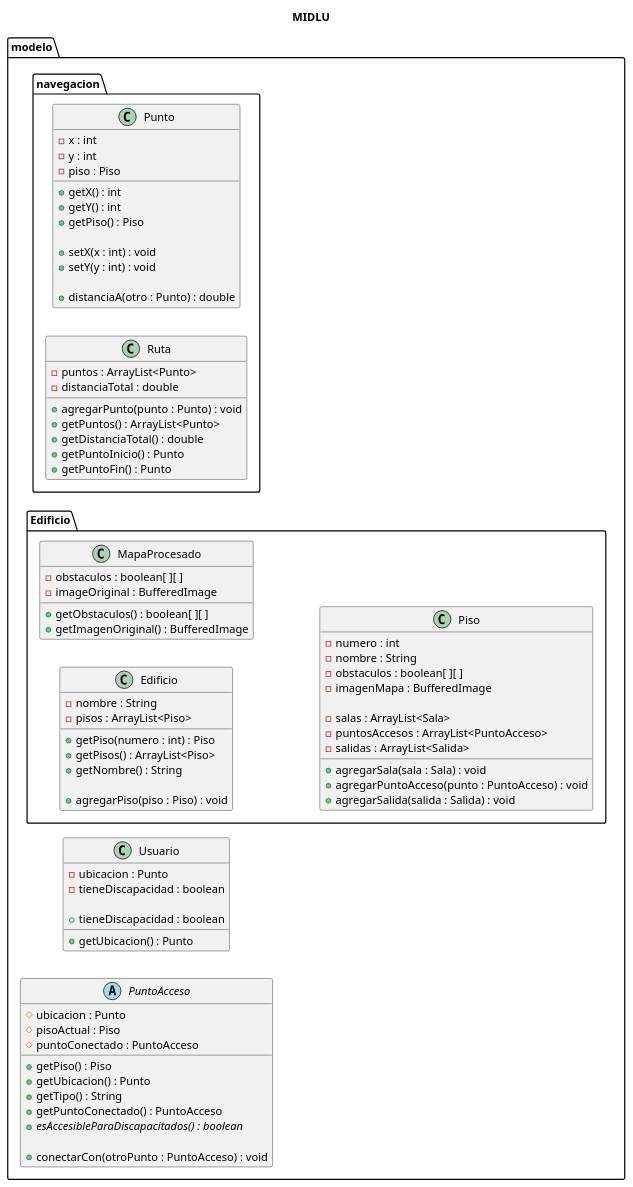
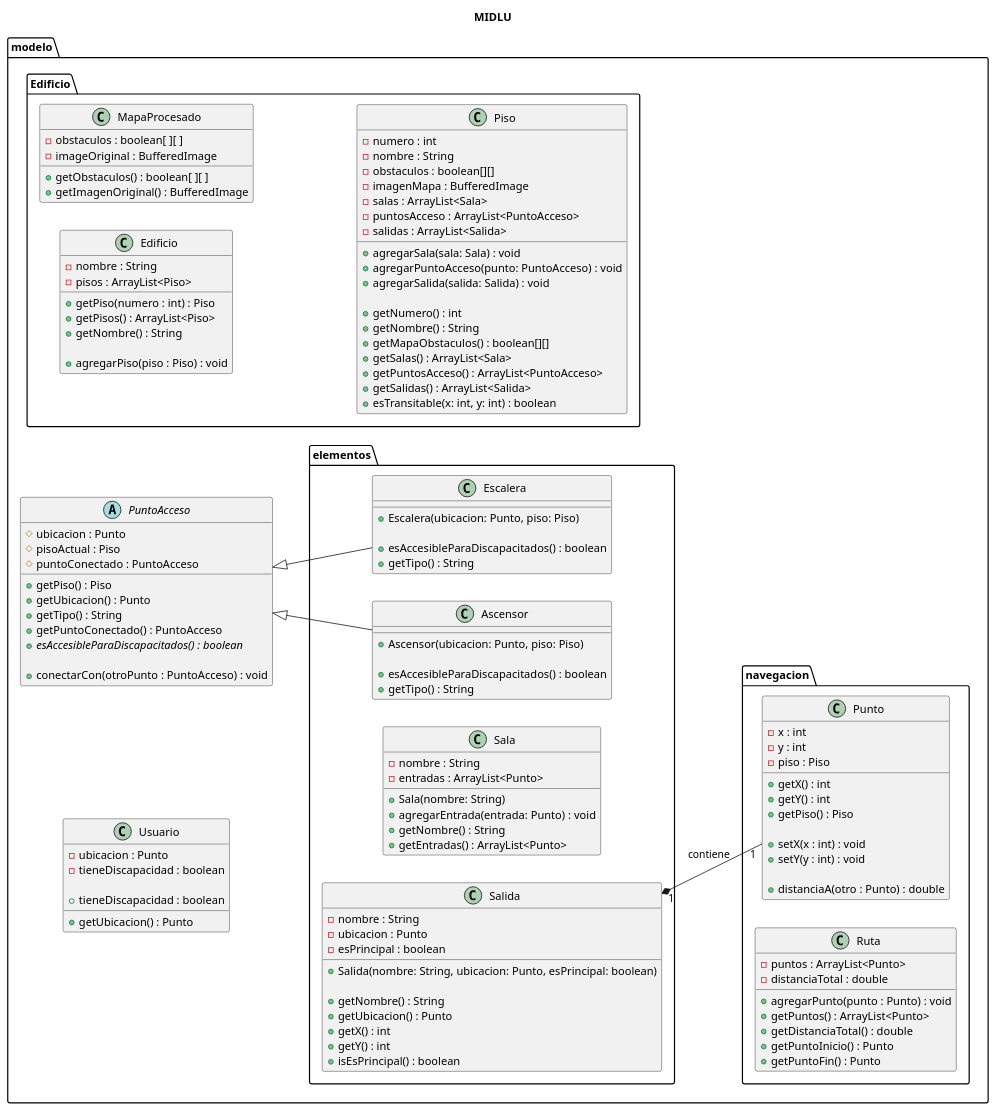
Before and after one commit to MountainKing187/MIDLU_avance2: the diagram in src/Modelo de Clases.puml, drawn with PlantUML.

Commit message:
Mas clases en PUML

```diff
--- a/src/Modelo de Clases.puml
+++ b/src/Modelo de Clases.puml
@@ -1,91 +1,133 @@
 @startuml
 title MIDLU
 left to right direction
-package "modelo"{
-package "navegacion" {
+package modelo{
+package navegacion {
 class Punto {
     - x : int
     - y : int
     - piso : Piso
 
     + getX() : int
     + getY() : int
     + getPiso() : Piso
 
     + setX(x : int) : void
     + setY(y : int) : void
 
     + distanciaA(otro : Punto) : double
 }
 
 class Ruta {
     - puntos : ArrayList<Punto>
     - distanciaTotal : double
 
     + agregarPunto(punto : Punto) : void
     + getPuntos() : ArrayList<Punto>
     + getDistanciaTotal() : double
     + getPuntoInicio() : Punto
     + getPuntoFin() : Punto
 }
 }
 package Edificio {
-    class Edificio{
-        -nombre : String
-        -pisos : ArrayList<Piso>
+class Edificio{
+    -nombre : String
+    -pisos : ArrayList<Piso>
 
-        +getPiso(numero : int) : Piso
-        +getPisos() : ArrayList<Piso>
-        +getNombre() : String
+    +getPiso(numero : int) : Piso
+    +getPisos() : ArrayList<Piso>
+    +getNombre() : String
 
-        +agregarPiso(piso : Piso) : void
-        }
-    class MapaProcesado{
-        - obstaculos : boolean[ ][ ]
-        - imageOriginal : BufferedImage
+    +agregarPiso(piso : Piso) : void
+    }
+class MapaProcesado{
+    - obstaculos : boolean[ ][ ]
+    - imageOriginal : BufferedImage
 
-        + getObstaculos() : boolean[ ][ ]
-        + getImagenOriginal() : BufferedImage
-        }
-    class Piso {
+    + getObstaculos() : boolean[ ][ ]
+    + getImagenOriginal() : BufferedImage
+    }
+class Piso {
     - numero : int
     - nombre : String
-    - obstaculos : boolean[ ][ ]
+    - obstaculos : boolean[][]
     - imagenMapa : BufferedImage
-
     - salas : ArrayList<Sala>
-    - puntosAccesos : ArrayList<PuntoAcceso>
+    - puntosAcceso : ArrayList<PuntoAcceso>
     - salidas : ArrayList<Salida>
 
-    + agregarSala(sala : Sala) : void
-    + agregarPuntoAcceso(punto : PuntoAcceso) : void
-    + agregarSalida(salida : Salida) : void
+    + agregarSala(sala: Sala) : void
+    + agregarPuntoAcceso(punto: PuntoAcceso) : void
+    + agregarSalida(salida: Salida) : void
 
+    + getNumero() : int
+    + getNombre() : String
+    + getMapaObstaculos() : boolean[][]
+    + getSalas() : ArrayList<Sala>
+    + getPuntosAcceso() : ArrayList<PuntoAcceso>
+    + getSalidas() : ArrayList<Salida>
+    + esTransitable(x: int, y: int) : boolean
+}
+}
+package elementos{
+class Ascensor extends modelo.PuntoAcceso {
+    + Ascensor(ubicacion: Punto, piso: Piso)
 
+    + esAccesibleParaDiscapacitados() : boolean
+    + getTipo() : String
+}
+class Escalera extends modelo.PuntoAcceso{
+    + Escalera(ubicacion: Punto, piso: Piso)
 
-    }
+    + esAccesibleParaDiscapacitados() : boolean
+    + getTipo() : String
 }
+class Sala {
+    - nombre : String
+    - entradas : ArrayList<Punto>
+
+    + Sala(nombre: String)
+    + agregarEntrada(entrada: Punto) : void
+    + getNombre() : String
+    + getEntradas() : ArrayList<Punto>
+}
+class Salida {
+    - nombre : String
+    - ubicacion : Punto
+    - esPrincipal : boolean
+
+    + Salida(nombre: String, ubicacion: Punto, esPrincipal: boolean)
+
+    + getNombre() : String
+    + getUbicacion() : Punto
+    + getX() : int
+    + getY() : int
+    + isEsPrincipal() : boolean
+}
+}
+
 
 class Usuario {
     - ubicacion : Punto
     - tieneDiscapacidad : boolean
 
     + getUbicacion() : Punto
     + tieneDiscapacidad : boolean
 }
 
 abstract class PuntoAcceso{
     # ubicacion : Punto
     # pisoActual : Piso
     # puntoConectado : PuntoAcceso
 
     + getPiso() : Piso
     + getUbicacion() : Punto
     + getTipo() : String
     + getPuntoConectado() : PuntoAcceso
     + {abstract} esAccesibleParaDiscapacitados() : boolean
 
     + conectarCon(otroPunto : PuntoAcceso) : void
 }
 }
+Salida "1" *-- "1" Punto : contiene
 @enduml
```
